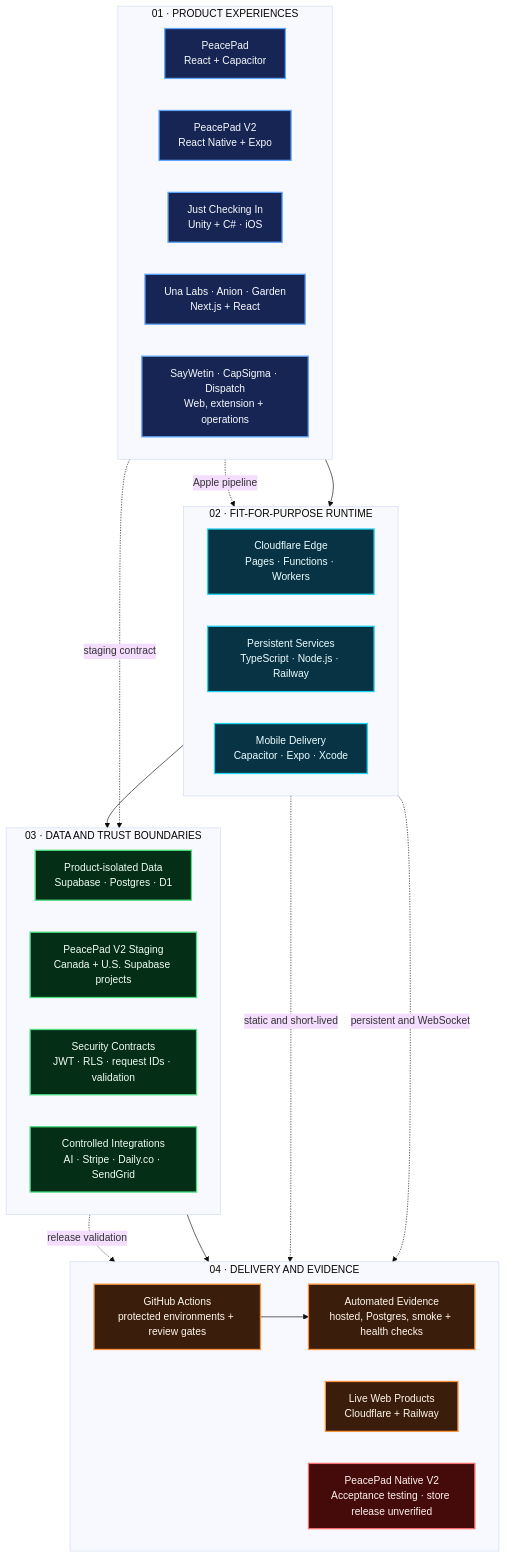
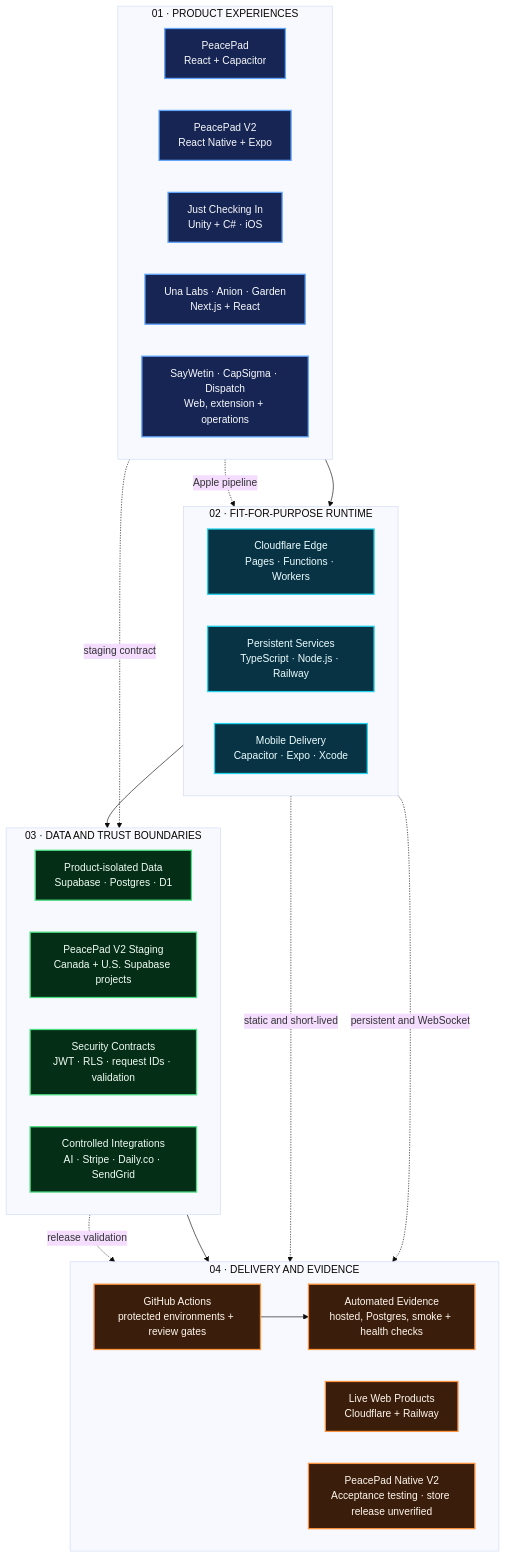
One commit to fefejiro/fefejiro changed the diagram in README.md. Above: the diagram before and after it, drawn with Mermaid (base theme). The commit also changed other lines of this file, not shown here.

````diff
--- a/README.md
+++ b/README.md
@@ -91,57 +91,57 @@
 ```mermaid
 flowchart TB
     subgraph EXPERIENCE["01 · PRODUCT EXPERIENCES"]
         direction LR
         FAMILY["PeacePad<br/>React + Capacitor"]
         NATIVE["PeacePad V2<br/>React Native + Expo"]
         GAME["Just Checking In<br/>Unity + C# · iOS"]
         WEB["Una Labs · Anion · Garden<br/>Next.js + React"]
         OPS["SayWetin · CapSigma · Dispatch<br/>Web, extension + operations"]
     end
 
     subgraph RUNTIME["02 · FIT-FOR-PURPOSE RUNTIME"]
         direction LR
         EDGE["Cloudflare Edge<br/>Pages · Functions · Workers"]
         API["Persistent Services<br/>TypeScript · Node.js · Railway"]
         MOBILE["Mobile Delivery<br/>Capacitor · Expo · Xcode"]
     end
 
     subgraph TRUST["03 · DATA AND TRUST BOUNDARIES"]
         direction LR
         DATA["Product-isolated Data<br/>Supabase · Postgres · D1"]
         REGIONS["PeacePad V2 Staging<br/>Canada + U.S. Supabase projects"]
         SECURITY["Security Contracts<br/>JWT · RLS · request IDs · validation"]
         SERVICES["Controlled Integrations<br/>AI · Stripe · Daily.co · SendGrid"]
     end
 
     subgraph DELIVERY["04 · DELIVERY AND EVIDENCE"]
         direction LR
         CI["GitHub Actions<br/>protected environments + review gates"]
         PROOF["Automated Evidence<br/>hosted, Postgres, smoke + health checks"]
         LIVE["Live Web Products<br/>Cloudflare + Railway"]
         RELEASE["PeacePad Native V2<br/>Acceptance testing · store release unverified"]
     end
 
     EXPERIENCE --> RUNTIME
     RUNTIME --> TRUST
     TRUST --> DELIVERY
 
     NATIVE -. staging contract .-> REGIONS
     GAME -. Apple pipeline .-> MOBILE
     EDGE -. static and short-lived .-> LIVE
     API -. persistent and WebSocket .-> LIVE
     REGIONS -. release validation .-> RELEASE
     CI --> PROOF
 
     classDef product fill:#172554,stroke:#60A5FA,color:#F8FAFC,stroke-width:2px;
     classDef runtime fill:#083344,stroke:#22D3EE,color:#ECFEFF,stroke-width:2px;
     classDef trust fill:#052E16,stroke:#4ADE80,color:#F0FDF4,stroke-width:2px;
     classDef delivery fill:#3B1D0B,stroke:#FB923C,color:#FFF7ED,stroke-width:2px;
     classDef blocked fill:#450A0A,stroke:#F87171,color:#FEF2F2,stroke-width:2px;
 
     class FAMILY,NATIVE,GAME,WEB,OPS product;
     class EDGE,API,MOBILE runtime;
     class DATA,REGIONS,SECURITY,SERVICES trust;
     class CI,PROOF,LIVE delivery;
-    class RELEASE blocked;
+    class RELEASE delivery;
 ```
````
